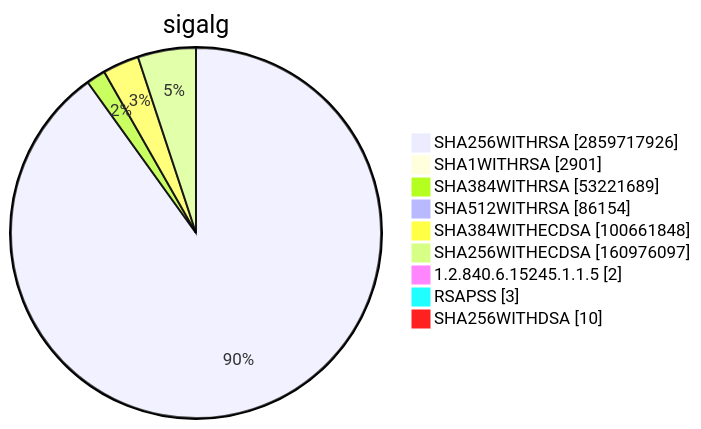
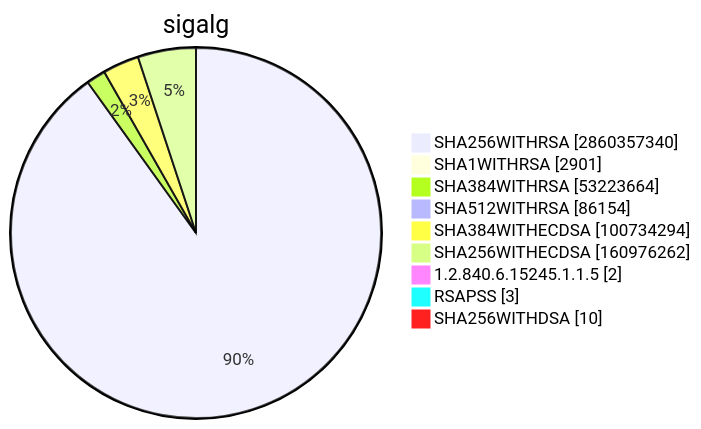
One commit to christiankrug/ctmonitor_visualization changed diagram 15 of 15 in TOTAL/README.md. Above: the diagram before and after it, drawn with Mermaid. The commit also changed other lines of this file, not shown here.

````diff
--- a/TOTAL/README.md
+++ b/TOTAL/README.md
@@ -6207,13 +6207,13 @@
 ```mermaid
 pie showData
 title sigalg
-"SHA256WITHRSA" :2859717926
+"SHA256WITHRSA" :2860357340
 "SHA1WITHRSA" :2901
-"SHA384WITHRSA" :53221689
+"SHA384WITHRSA" :53223664
 "SHA512WITHRSA" :86154
-"SHA384WITHECDSA" :100661848
-"SHA256WITHECDSA" :160976097
+"SHA384WITHECDSA" :100734294
+"SHA256WITHECDSA" :160976262
 "1.2.840.6.15245.1.1.5" :2
 "RSAPSS" :3
 "SHA256WITHDSA" :10
 ```
````
